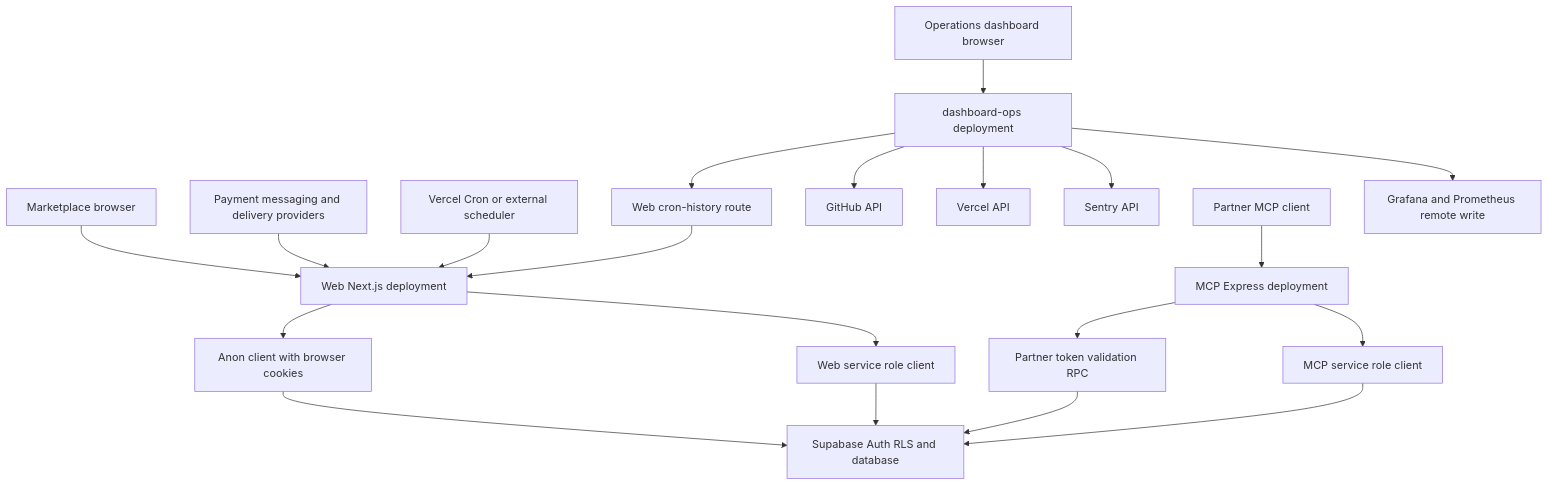
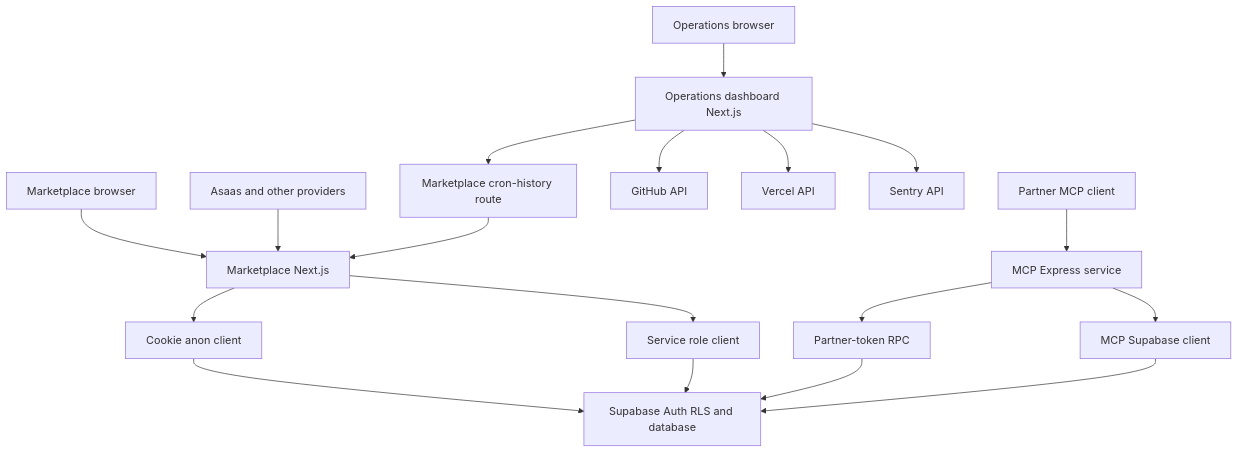
One commit to Schneider-Gr/industria24hIA changed the first of 2 diagrams in openwiki/architecture/system-map.md. Above: the diagram before and after it, drawn with Mermaid. The commit also changed other lines of this file and 28 other files, not shown here.

````diff
--- a/openwiki/architecture/system-map.md
+++ b/openwiki/architecture/system-map.md
@@ -109,22 +79,20 @@
 ```mermaid
 flowchart TD
-  Shopper["Marketplace browser"] --> Web["Web Next.js deployment"]
-  OpsUser["Operations dashboard browser"] --> Ops["dashboard-ops deployment"]
-  Partner["Partner MCP client"] --> MCP["MCP Express deployment"]
-  Provider["Payment messaging and delivery providers"] --> Web
-  Tick["Vercel Cron or external scheduler"] --> Web
-  Web --> Session["Anon client with browser cookies"]
-  Web --> Service["Web service role client"]
+  Shopper["Marketplace browser"] --> Web["Marketplace Next.js"]
+  Partner["Partner MCP client"] --> MCP["MCP Express service"]
+  Operator["Operations browser"] --> Ops["Operations dashboard Next.js"]
+  Provider["Asaas and other providers"] --> Web
+  Web --> Session["Cookie anon client"]
+  Web --> Privileged["Service role client"]
   Session --> Supabase["Supabase Auth RLS and database"]
-  Service --> Supabase
-  MCP --> Token["Partner token validation RPC"]
+  Privileged --> Supabase
+  MCP --> Token["Partner-token RPC"]
   Token --> Supabase
-  MCP --> MCPService["MCP service role client"]
-  MCPService --> Supabase
+  MCP --> MCPDatabase["MCP Supabase client"]
+  MCPDatabase --> Supabase
   Ops --> GitHub["GitHub API"]
   Ops --> Vercel["Vercel API"]
   Ops --> Sentry["Sentry API"]
-  Ops --> WebCron["Web cron-history route"]
+  Ops --> WebCron["Marketplace cron-history route"]
   WebCron --> Web
-  Ops --> Grafana["Grafana and Prometheus remote write"]
 ```
````
